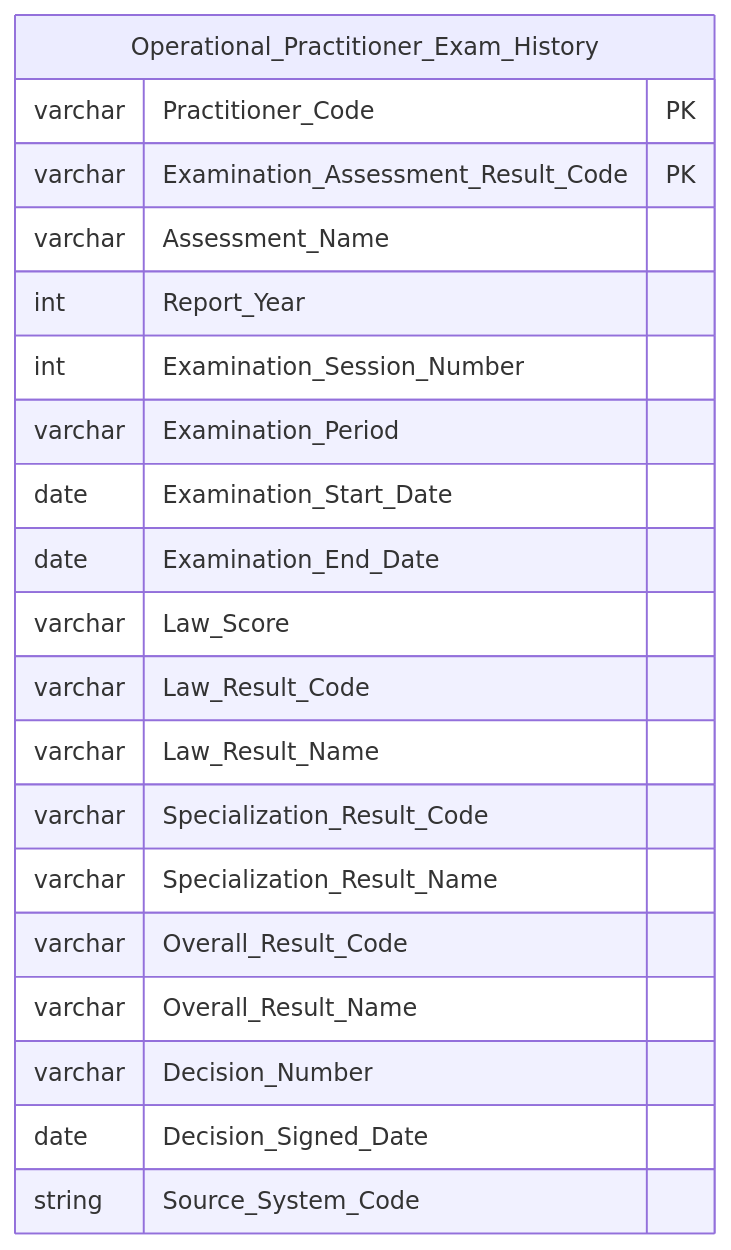
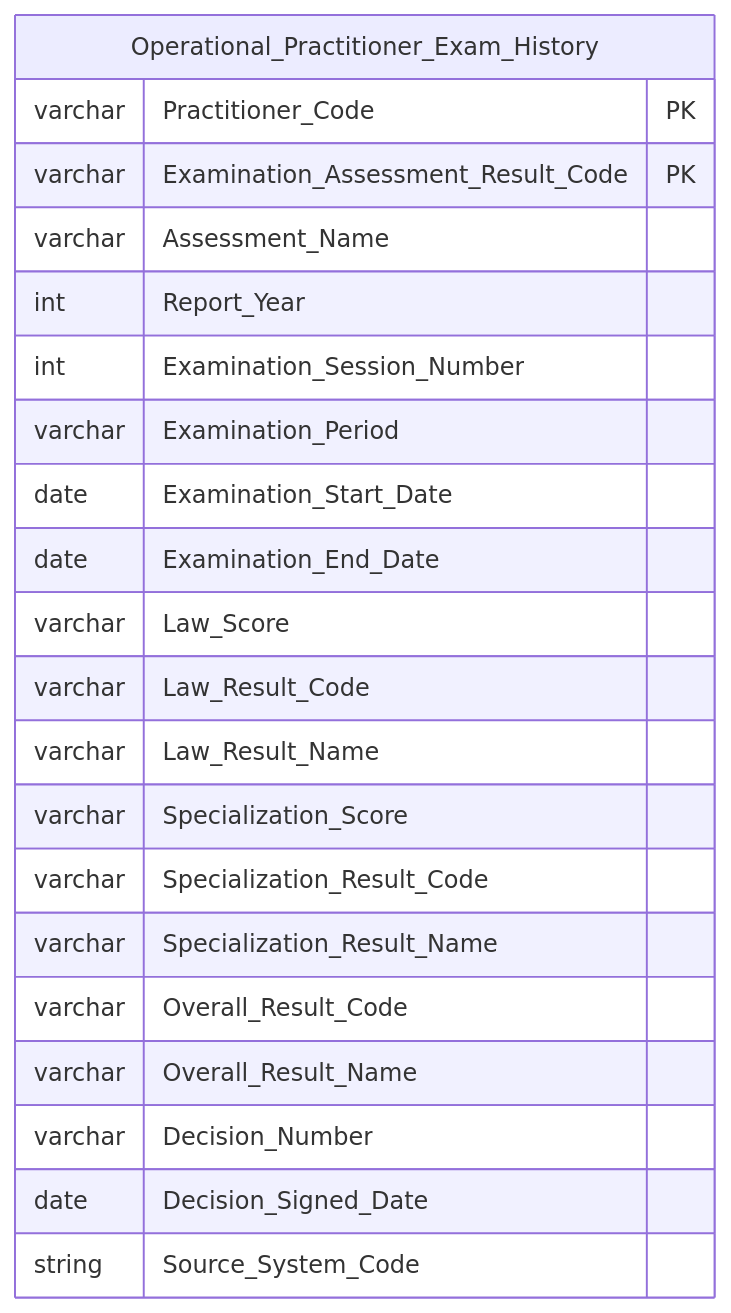
Before and after one commit to linhlvit/ubck_atomic_design: diagram 32 of 40 in Datamart/hld/DTM_NHNCK_HLD.md, drawn with Mermaid. The commit also changed other lines of this file and 6 other files, not shown here.

````diff
--- a/Datamart/hld/DTM_NHNCK_HLD.md
+++ b/Datamart/hld/DTM_NHNCK_HLD.md
@@ -1345,24 +1352,25 @@
 ```mermaid
 erDiagram
     Operational_Practitioner_Exam_History {
         varchar Practitioner_Code PK
         varchar Examination_Assessment_Result_Code PK
         varchar Assessment_Name
         int Report_Year
         int Examination_Session_Number
         varchar Examination_Period
         date Examination_Start_Date
         date Examination_End_Date
         varchar Law_Score
         varchar Law_Result_Code
         varchar Law_Result_Name
+        varchar Specialization_Score
         varchar Specialization_Result_Code
         varchar Specialization_Result_Name
         varchar Overall_Result_Code
         varchar Overall_Result_Name
         varchar Decision_Number
         date Decision_Signed_Date
         string Source_System_Code
 
     }
 ```
````
